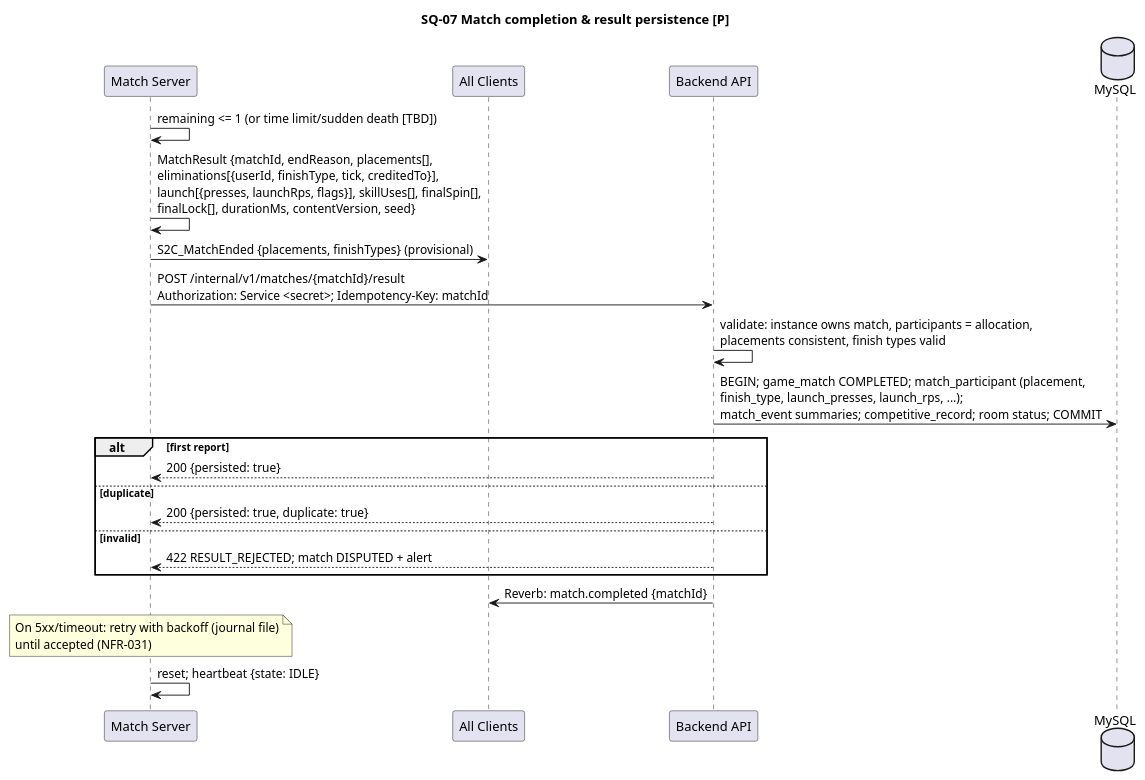
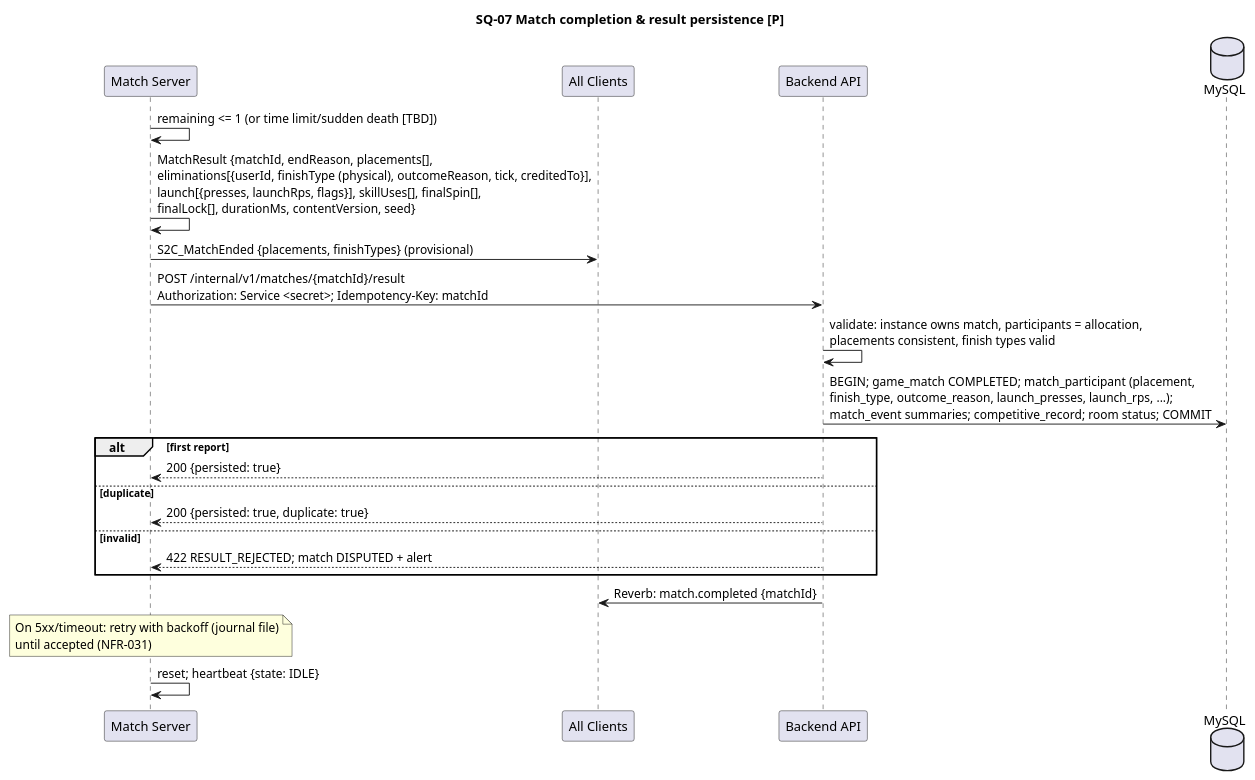
Before and after one commit to houcine212-hub/Bayblade_Sesytem: the diagram in docs/02-uml/sequence/SQ-07-match-completion.puml, drawn with PlantUML. The commit also changed 55 other files, not shown here.

```diff
--- a/docs/02-uml/sequence/SQ-07-match-completion.puml
+++ b/docs/02-uml/sequence/SQ-07-match-completion.puml
@@ -1,23 +1,23 @@
 @startuml SQ-07
 title SQ-07 Match completion & result persistence [P]
 participant "Match Server" as MS
 participant "All Clients" as C
 participant "Backend API" as B
 database MySQL as DB
 MS -> MS : remaining <= 1 (or time limit/sudden death [TBD])
-MS -> MS : MatchResult {matchId, endReason, placements[],\neliminations[{userId, finishType, tick, creditedTo}],\nlaunch[{presses, launchRps, flags}], skillUses[], finalSpin[],\nfinalLock[], durationMs, contentVersion, seed}
+MS -> MS : MatchResult {matchId, endReason, placements[],\neliminations[{userId, finishType (physical), outcomeReason, tick, creditedTo}],\nlaunch[{presses, launchRps, flags}], skillUses[], finalSpin[],\nfinalLock[], durationMs, contentVersion, seed}
 MS -> C : S2C_MatchEnded {placements, finishTypes} (provisional)
 MS -> B : POST /internal/v1/matches/{matchId}/result\nAuthorization: Service <secret>; Idempotency-Key: matchId
 B -> B : validate: instance owns match, participants = allocation,\nplacements consistent, finish types valid
-B -> DB : BEGIN; game_match COMPLETED; match_participant (placement,\nfinish_type, launch_presses, launch_rps, ...);\nmatch_event summaries; competitive_record; room status; COMMIT
+B -> DB : BEGIN; game_match COMPLETED; match_participant (placement,\nfinish_type, outcome_reason, launch_presses, launch_rps, ...);\nmatch_event summaries; competitive_record; room status; COMMIT
 alt first report
   B --> MS : 200 {persisted: true}
 else duplicate
   B --> MS : 200 {persisted: true, duplicate: true}
 else invalid
   B --> MS : 422 RESULT_REJECTED; match DISPUTED + alert
 end
 B -> C : Reverb: match.completed {matchId}
 note over MS : On 5xx/timeout: retry with backoff (journal file)\nuntil accepted (NFR-031)
 MS -> MS : reset; heartbeat {state: IDLE}
 @enduml
```
